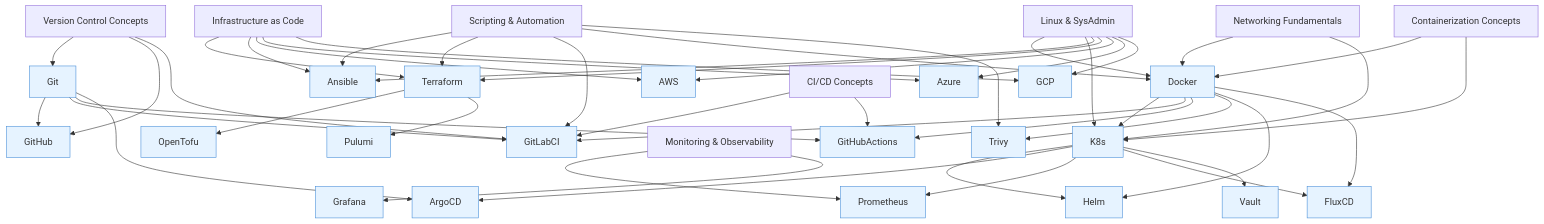
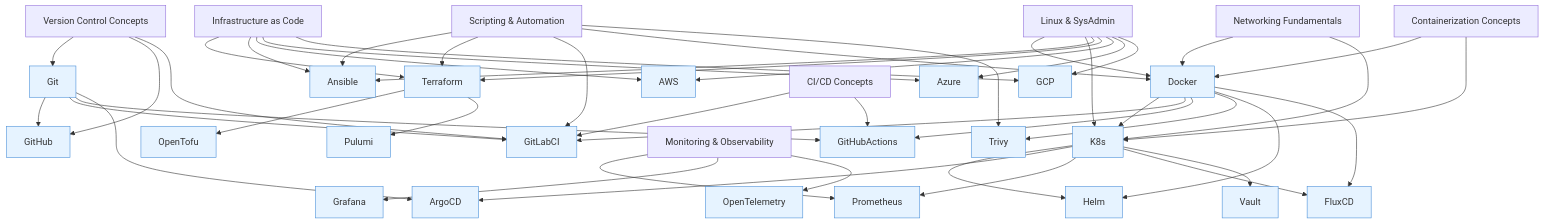
One commit to snehitha3907/DevOps-Kit changed the diagram in 00_index/learning-path.md. Above: the diagram before and after it, drawn with Mermaid. The commit also changed other lines of this file and 4 other files, not shown here.

````diff
--- a/00_index/learning-path.md
+++ b/00_index/learning-path.md
@@ -101,64 +103,65 @@
 ```mermaid
 graph TD
     VC[Version Control Concepts] --> Git
     VC --> GitHub
     VC --> GitLabCI
 
     Linux[Linux & SysAdmin] --> Docker
     Linux --> K8s
     Linux --> Ansible
     Linux --> Terraform
     Linux --> AWS
     Linux --> Azure
     Linux --> GCP
 
     Scripting[Scripting & Automation] --> Ansible
     Scripting --> Terraform
     Scripting --> GitLabCI
     Scripting --> Docker
     Scripting --> Trivy
 
     Network[Networking Fundamentals] --> Docker
     Network --> K8s
 
     CI[CI/CD Concepts] --> GitLabCI
     CI --> GitHubActions
 
     Container[Containerization Concepts] --> Docker
     Container --> K8s
 
     IaC[Infrastructure as Code] --> Terraform
     IaC --> Ansible
     IaC --> AWS
     IaC --> Azure
     IaC --> GCP
 
     Mon[Monitoring & Observability] --> Prometheus
     Mon --> Grafana
+    Mon --> OpenTelemetry
 
     Git --> GitHub
     Git --> GitLabCI
     Git --> GitHubActions
     Git --> ArgoCD
 
     Docker --> K8s
     Docker --> GitLabCI
     Docker --> GitHubActions
     Docker --> Trivy
     Docker --> Helm
     Docker --> FluxCD
 
     K8s --> Helm
     K8s --> ArgoCD
     K8s --> Prometheus
     K8s --> FluxCD
     K8s --> Vault
 
     Terraform --> OpenTofu
     Terraform --> Pulumi
 
 classDef hasContent fill:#e6f3ff,stroke:#4a90d9
     classDef noContent fill:#fff3e0,stroke:#f5a623
 
-    class Git,GitHub,Docker,K8s,Ansible,Terraform,GitLabCI,GitHubActions,Trivy,AWS,Azure,GCP,OpenTofu,Helm,ArgoCD,Prometheus,FluxCD,Vault,Pulumi,Grafana hasContent
+    class Git,GitHub,Docker,K8s,Ansible,Terraform,GitLabCI,GitHubActions,Trivy,AWS,Azure,GCP,OpenTofu,Helm,ArgoCD,Prometheus,FluxCD,Vault,Pulumi,Grafana,OpenTelemetry hasContent
 ```
````
